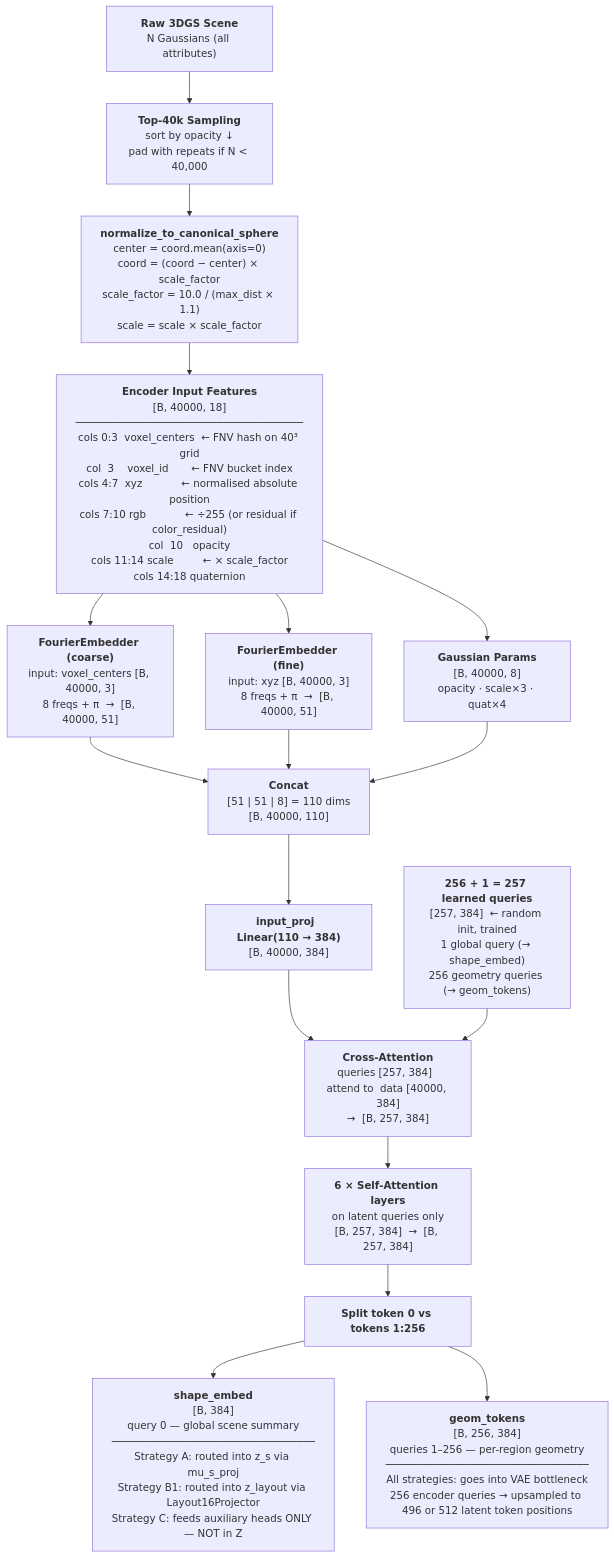
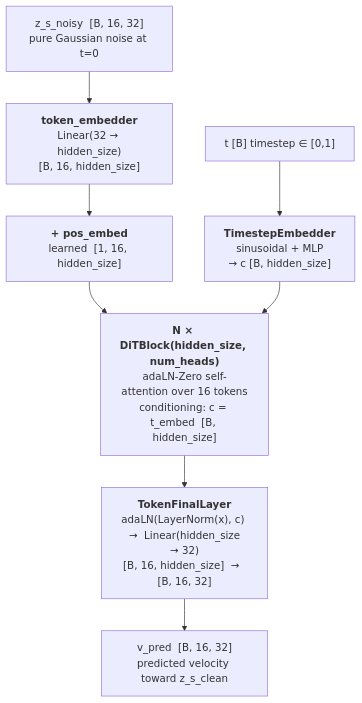
Before and after one commit to Hafeezmhk7/Semantic-Scene-Completion: the third of 9 diagrams in stage2/README_STAGE2.MD, drawn with Mermaid. The commit also changed other lines of this file, not shown here.

````diff
--- a/stage2/README_STAGE2.MD
+++ b/stage2/README_STAGE2.MD
@@ -57,45 +285,21 @@
 ```mermaid
 flowchart TD
-    IN["<b>Raw 3DGS Scene</b><br/>N Gaussians (all attributes)"]
+    ZN["z_s_noisy  [B, 16, 32]<br/>pure Gaussian noise at t=0"]
+    T["t  [B]  timestep ∈ [0,1]"]
 
-    SAMPLE["<b>Top-40k Sampling</b><br/>sort by opacity ↓<br/>pad with repeats if N &lt; 40,000"]
+    EMB["<b>token_embedder</b><br/>Linear(32 → hidden_size)<br/>[B, 16, hidden_size]"]
 
-    NORM["<b>normalize_to_canonical_sphere</b><br/>center = coord.mean(axis=0)<br/>coord = (coord − center) × scale_factor<br/>scale_factor = 10.0 / (max_dist × 1.1)<br/>scale = scale × scale_factor"]
+    PE["<b>+ pos_embed</b><br/>learned  [1, 16, hidden_size]"]
 
-    FEAT["<b>Encoder Input Features</b><br/>[B, 40000, 18]<br/>─────────────────────────────────────<br/>cols 0:3  voxel_centers  ← FNV hash on 40³ grid<br/>col  3    voxel_id       ← FNV bucket index<br/>cols 4:7  xyz            ← normalised absolute position<br/>cols 7:10 rgb            ← ÷255 (or residual if color_residual)<br/>col  10   opacity<br/>cols 11:14 scale         ← × scale_factor<br/>cols 14:18 quaternion"]
+    TEMB["<b>TimestepEmbedder</b><br/>sinusoidal + MLP<br/>→  c  [B, hidden_size]"]
 
-    FE1["<b>FourierEmbedder (coarse)</b><br/>input: voxel_centers [B, 40000, 3]<br/>8 freqs + π  →  [B, 40000, 51]"]
+    BLOCKS["<b>N × DiTBlock(hidden_size, num_heads)</b><br/>adaLN-Zero self-attention over 16 tokens<br/>conditioning: c = t_embed  [B, hidden_size]"]
 
-    FE2["<b>FourierEmbedder (fine)</b><br/>input: xyz [B, 40000, 3]<br/>8 freqs + π  →  [B, 40000, 51]"]
+    FINAL["<b>TokenFinalLayer</b><br/>adaLN(LayerNorm(x), c)  →  Linear(hidden_size → 32)<br/>[B, 16, hidden_size]  →  [B, 16, 32]"]
 
-    GP["<b>Gaussian Params</b><br/>[B, 40000, 8]<br/>opacity · scale×3 · quat×4"]
+    VEL["v_pred  [B, 16, 32]<br/>predicted velocity toward z_s_clean"]
 
-    CAT["<b>Concat</b><br/>[51 | 51 | 8] = 110 dims<br/>[B, 40000, 110]"]
-
-    PROJ["<b>input_proj  Linear(110 → 384)</b><br/>[B, 40000, 384]"]
-
-    QRY["<b>256 + 1 = 257 learned queries</b><br/>[257, 384]  ← random init, trained<br/>1 global query (→ shape_embed)<br/>256 geometry queries (→ geom_tokens)"]
-
-    CA["<b>Cross-Attention</b><br/>queries [257, 384]  attend to  data [40000, 384]<br/>→  [B, 257, 384]"]
-
-    SA["<b>6 × Self-Attention layers</b><br/>on latent queries only<br/>[B, 257, 384]  →  [B, 257, 384]"]
-
-    SPLIT["<b>Split token 0 vs tokens 1:256</b>"]
-
-    SE["<b>shape_embed</b><br/>[B, 384]<br/>query 0 — global scene summary<br/>─────────────────────────────────<br/>Strategy A: routed into z_s via mu_s_proj<br/>Strategy B1: routed into z_layout via Layout16Projector<br/>Strategy C: feeds auxiliary heads ONLY — NOT in Z"]
-
-    GT["<b>geom_tokens</b><br/>[B, 256, 384]<br/>queries 1–256 — per-region geometry<br/>─────────────────────────────────<br/>All strategies: goes into VAE bottleneck<br/>256 encoder queries → upsampled to 496 or 512 latent token positions"]
-
-    IN --> SAMPLE --> NORM --> FEAT
-    FEAT --> FE1
-    FEAT --> FE2
-    FEAT --> GP
-    FE1 --> CAT
-    FE2 --> CAT
-    GP  --> CAT
-    CAT --> PROJ --> CA
-    QRY --> CA
-    CA  --> SA  --> SPLIT
-    SPLIT --> SE
-    SPLIT --> GT
+    ZN --> EMB --> PE --> BLOCKS
+    T  --> TEMB --> BLOCKS
+    BLOCKS --> FINAL --> VEL
 ```
````
